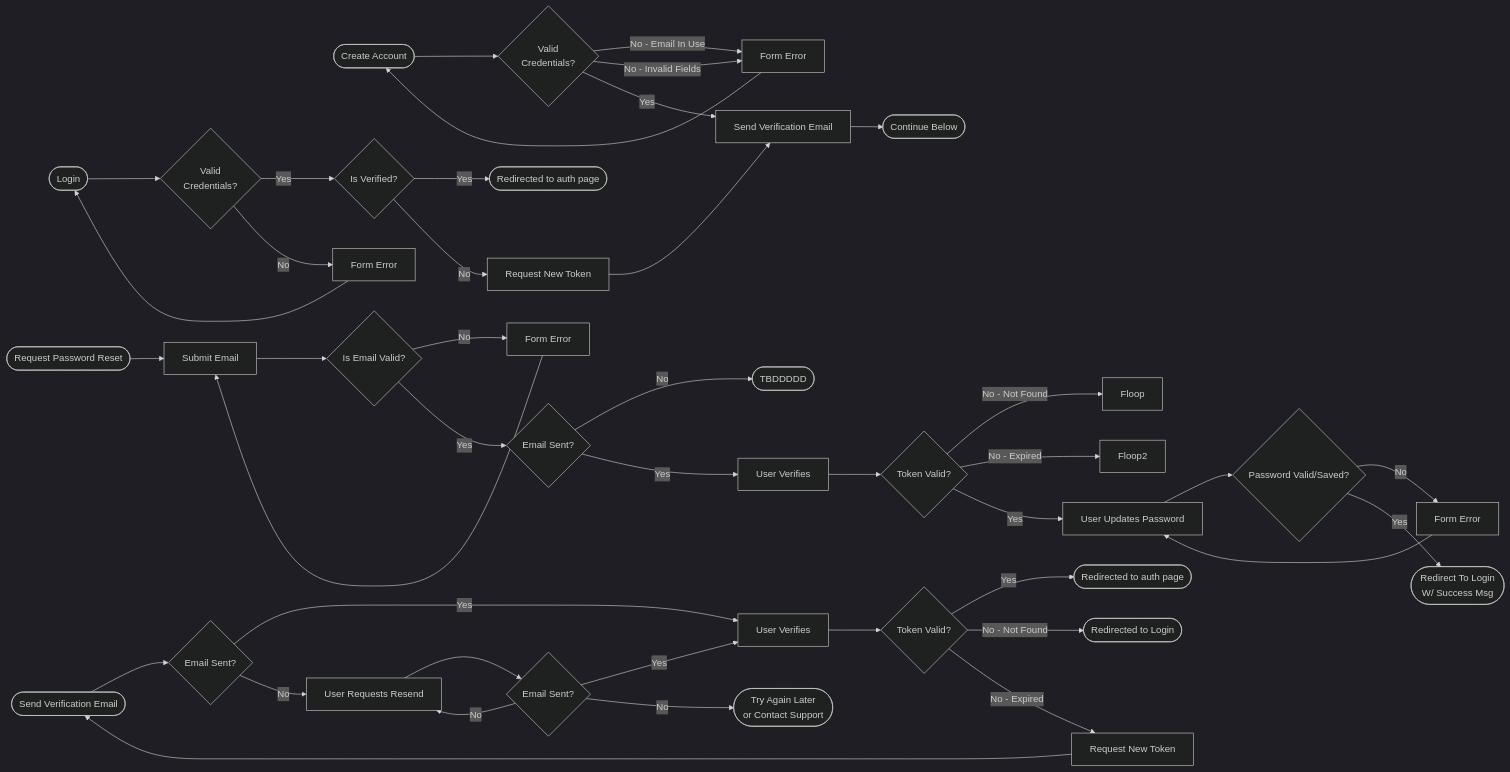
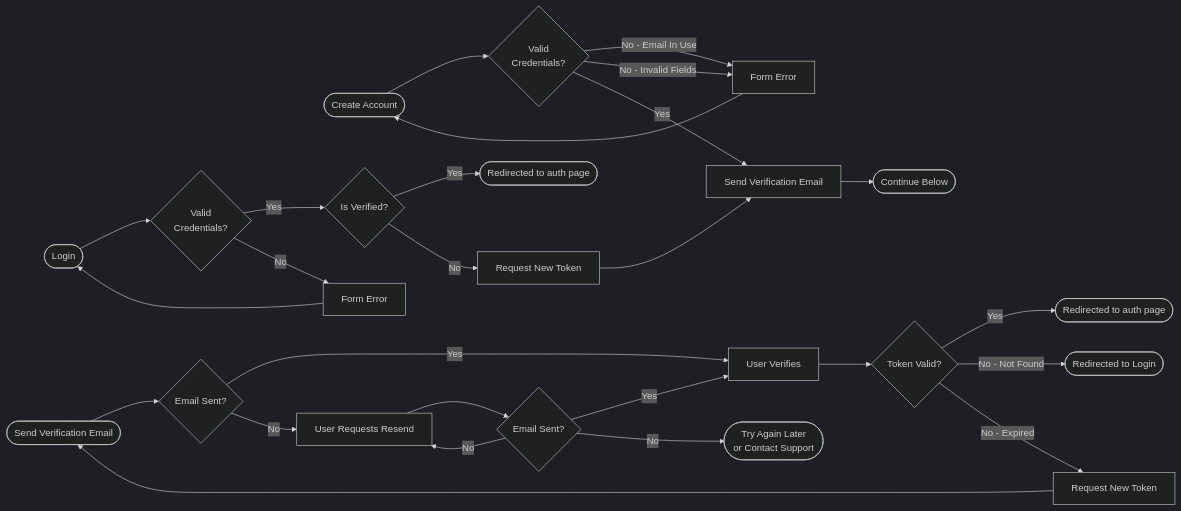
One commit to kirinmurphy/trpc_starter changed the first of 2 diagrams in docs/auth.md. Above: the diagram before and after it, drawn with Mermaid. The commit also changed 10 other files, not shown here.

````diff
--- a/docs/auth.md
+++ b/docs/auth.md
@@ -4,48 +4,39 @@
 ```mermaid
 %%{init: {
   "theme": "dark", 
   "themeVariables": { 
     "primaryColor": "#ff6e6e", 
     "secondaryColor": "#feb236", 
     "tertiaryColor": "#6cb1ff" 
   },
   "flowchart": {
     "htmlLabels": true,
     "curve": "basis"
   },
   "height": "100%",
   "width": "100%",
   "startOnLoad": true,
   "securityLevel": "loose" }}%%
 
 flowchart LR
     CreateAccount([Create Account]) --> IsValidCredentials{Valid<br>Credentials?}
     IsValidCredentials --> |No - Email In Use| ReturnError[Form Error] --> CreateAccount
     IsValidCredentials --> |No - Invalid Fields| ReturnError    
     IsValidCredentials --> |Yes| SendEmail[Send Verification Email] --> Continue([Continue Below])
 
     Login([Login]) --> IsValidLoginCredentials{Valid<br>Credentials?}
     IsValidLoginCredentials{Valid<br>Credentials?} --> |Yes| IsVerified{Is Verified?}
     IsValidLoginCredentials{Valid<br>Credentials?} --> |No| LoginError[Form Error]
     LoginError --> Login
     IsVerified --> |Yes| AuthPage([Redirected to auth page])
     IsVerified --> |No| RequestToken[Request New Token] --> SendEmail
 
     
     SendEmail2([Send Verification Email]) --> WasEmailSent{Email Sent?}
     WasEmailSent --> |Yes| UserVerifies[User Verifies] --> TokenValid{Token Valid?} --> |Yes| Verified([Redirected to auth page])
     TokenValid{Token Valid?} --> |No - Not Found| Login2([Redirected to Login])
     TokenValid{Token Valid?} --> |No - Expired| RequestNew[Request New Token] --> SendEmail2
     WasEmailSent --> |No| Rerequest[User Requests Resend] --> WasEmailSent2{Email Sent?} --> |Yes| UserVerifies
     WasEmailSent2 --> |No| Rerequest
     WasEmailSent2 --> |No| TryLater([Try Again Later<br>or Contact Support])
-
-    RequestPasswordReset([Request Password Reset]) --> SubmitEmail[Submit Email]
-    SubmitEmail --> IsEmailValid{Is Email Valid?}
-    IsEmailValid --> |No| FormError3[Form Error] --> SubmitEmail
-    IsEmailValid --> |Yes| EmailSent3{Email Sent?} --> |No| RerequestEmail([TBDDDDD])
-    EmailSent3 --> |Yes| UserVerifies3[User Verifies] --> TokenValid3{Token Valid?} --> |No - Not Found| Floop[Floop]
-    TokenValid3 --> |No - Expired| Floop2[Floop2]
-    TokenValid3 --> |Yes| UserUpdatesPassword[User Updates Password] --> PasswordValidSaved{Password Valid/Saved?} --> |No| FormError4[Form Error] --> UserUpdatesPassword
-    PasswordValidSaved --> |Yes| RedirectToLogin([Redirect To Login<br/>W/ Success Msg])
 ```
````
